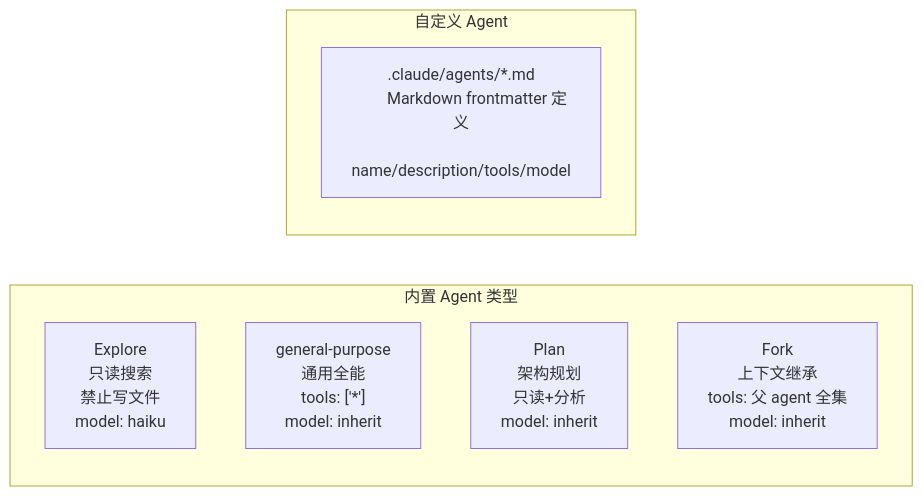
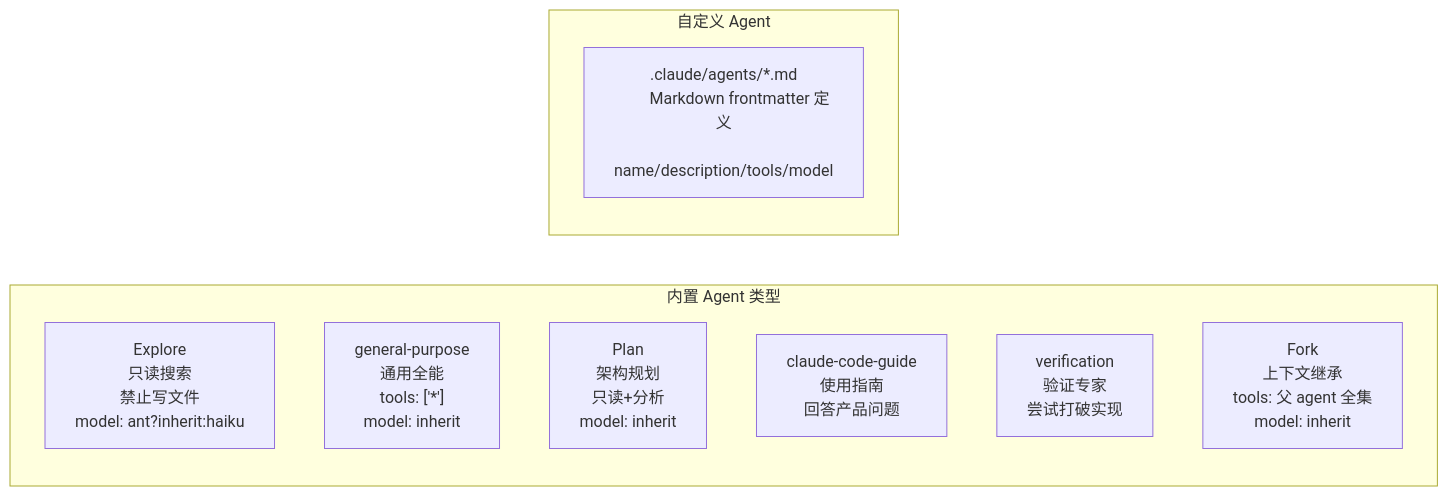
Before and after one commit to Mo-Jiao/claude-code-source-code: the second of 2 diagrams in tutorial/guide/s12-subagents.md, drawn with Mermaid. The commit also changed other lines of this file and 110 other files, not shown here.

````diff
--- a/tutorial/guide/s12-subagents.md
+++ b/tutorial/guide/s12-subagents.md
@@ -55,27 +55,33 @@
 ```mermaid
 flowchart LR
     subgraph "内置 Agent 类型"
         E["Explore
         只读搜索
         禁止写文件
-        model: haiku"]
+        model: ant?inherit:haiku"]
         G["general-purpose
         通用全能
         tools: ['*']
         model: inherit"]
         P["Plan
         架构规划
         只读+分析
         model: inherit"]
+        CCG["claude-code-guide
+        使用指南
+        回答产品问题"]
+        V["verification
+        验证专家
+        尝试打破实现"]
         F["Fork
         上下文继承
         tools: 父 agent 全集
         model: inherit"]
     end
 
     subgraph "自定义 Agent"
         U[".claude/agents/*.md
         Markdown frontmatter 定义
         name/description/tools/model"]
     end
 ```
````
